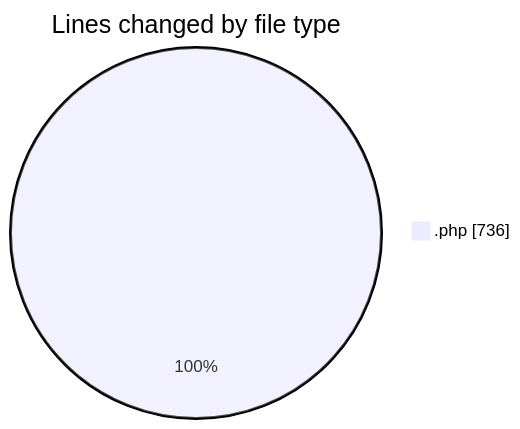
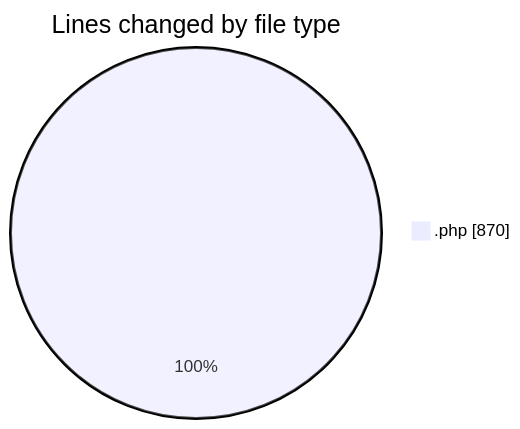
Before and after one commit to LanceThiago/code-tracking: the first of 2 diagrams in 2025-01-14/oficina/README.md, drawn with Mermaid. The commit also changed other lines of this file and 1 other file, not shown here.

````diff
--- a/2025-01-14/oficina/README.md
+++ b/2025-01-14/oficina/README.md
@@ -21,5 +22,5 @@
 ```mermaid
 pie showData
 title Lines changed by file type
-".php" : 736
+".php" : 870
 ```
````
